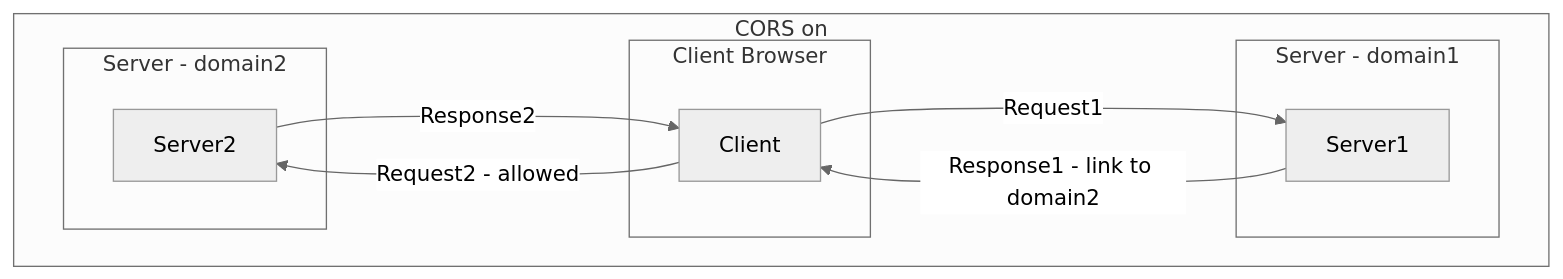
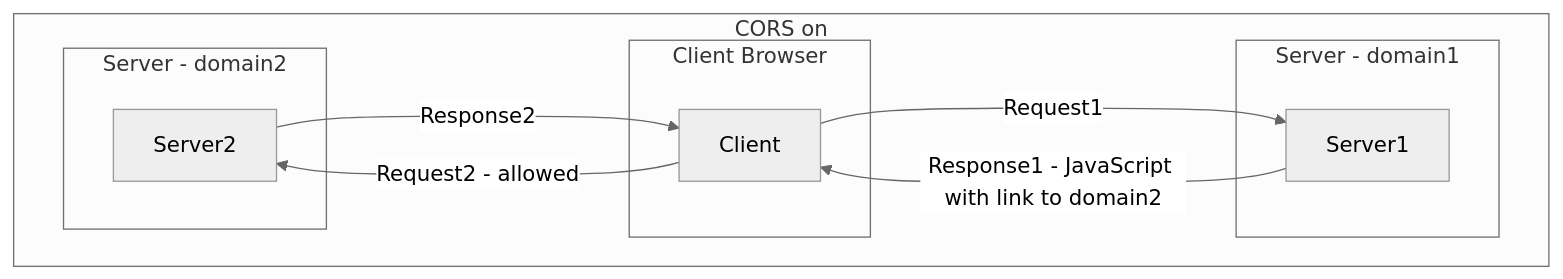
The sixth of 9 diagrams in pages/Week02Notes.md (rumq/spring-boot-in-3-weeks), drawn with Mermaid (neutral theme) before and after one commit. The commit also changed other lines of this file, not shown here.

````diff
--- a/pages/Week02Notes.md
+++ b/pages/Week02Notes.md
@@ -325,21 +323,21 @@
 ```mermaid
 
 flowchart LR
     subgraph "CORS on"
         direction LR
         subgraph CB[Client Browser]
             Client
         end
         subgraph S1[Server - domain1]
             Server1
-        end    
+        end
         subgraph S2[Server - domain2]
             Server2
         end
-    end    
-    Client --> |Request1| Server1        
-    Server1 --> |Response1 - link to domain2| Client
+    end
+    Client --> |Request1| Server1
+    Server1 --> |Response1 - JavaScript with link to domain2| Client
     Client --> |Request2 -  allowed| Server2
     Server2 --> |Response2| Client
 
 ```
````
